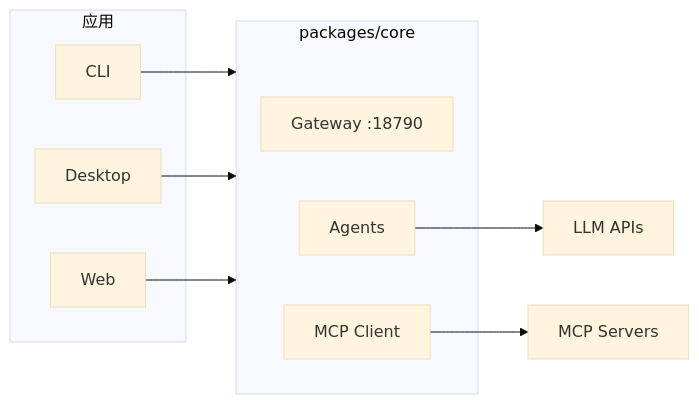
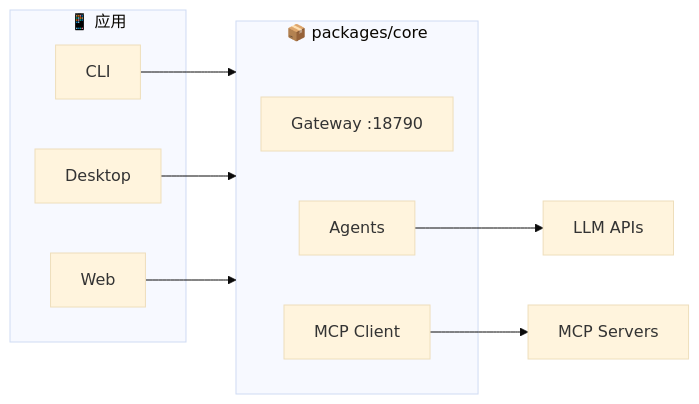
One commit to LinXueyuanStdio/viben changed the diagram in README.md. Above: the diagram before and after it, drawn with Mermaid (base theme). The commit also changed other lines of this file, not shown here.

````diff
--- a/README.md
+++ b/README.md
@@ -46,18 +62,18 @@
 ```mermaid
 graph LR
-    subgraph Apps["应用"]
+    subgraph Apps["📱 应用"]
         CLI["CLI"]
         Desktop["Desktop"]
         Web["Web"]
     end
 
-    subgraph Core["packages/core"]
+    subgraph Core["📦 packages/core"]
         Gateway["Gateway :18790"]
         Agent["Agents"]
         MCP["MCP Client"]
     end
 
     CLI & Desktop & Web --> Core
     MCP --> MCPServer["MCP Servers"]
     Agent --> LLM["LLM APIs"]
 ```
````
